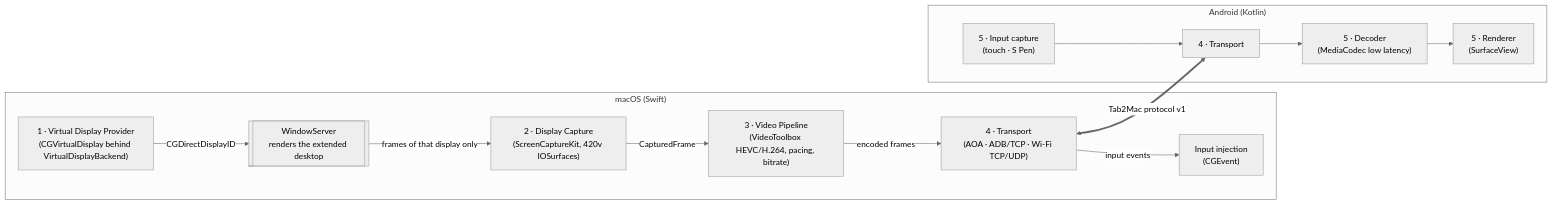
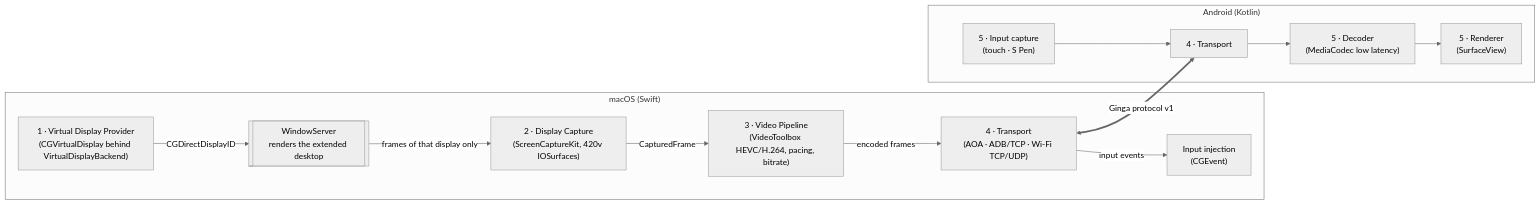
One commit to Kelvin-Jesus/ginga changed the first of 2 diagrams in docs/architecture.md. Above: the diagram before and after it, drawn with Mermaid (neutral theme). The commit also changed other lines of this file and 550 other files, not shown here.

First line of the commit message:
refactor: rename Tab2Mac to Ginga everywhere

````diff
--- a/docs/architecture.md
+++ b/docs/architecture.md
@@ -7,25 +7,25 @@
 ```mermaid
 flowchart LR
   subgraph Mac["macOS (Swift)"]
     VDP["1 · Virtual Display Provider<br/>(CGVirtualDisplay behind VirtualDisplayBackend)"]
     WS[["WindowServer<br/>renders the extended desktop"]]
     CAP["2 · Display Capture<br/>(ScreenCaptureKit, 420v IOSurfaces)"]
     ENC["3 · Video Pipeline<br/>(VideoToolbox HEVC/H.264, pacing, bitrate)"]
     TXM["4 · Transport<br/>(AOA · ADB/TCP · Wi‑Fi TCP/UDP)"]
     INJ["Input injection<br/>(CGEvent)"]
     VDP -- "CGDirectDisplayID" --> WS
     WS -- "frames of that display only" --> CAP
     CAP -- "CapturedFrame" --> ENC
     ENC -- "encoded frames" --> TXM
     TXM -- "input events" --> INJ
   end
   subgraph Tab["Android (Kotlin)"]
     TXA["4 · Transport"]
     DEC["5 · Decoder<br/>(MediaCodec low latency)"]
     REN["5 · Renderer<br/>(SurfaceView)"]
     INP["5 · Input capture<br/>(touch · S Pen)"]
     TXA --> DEC --> REN
     INP --> TXA
   end
-  TXM <== "Tab2Mac protocol v1" ==> TXA
+  TXM <== "Ginga protocol v1" ==> TXA
 ```
````
